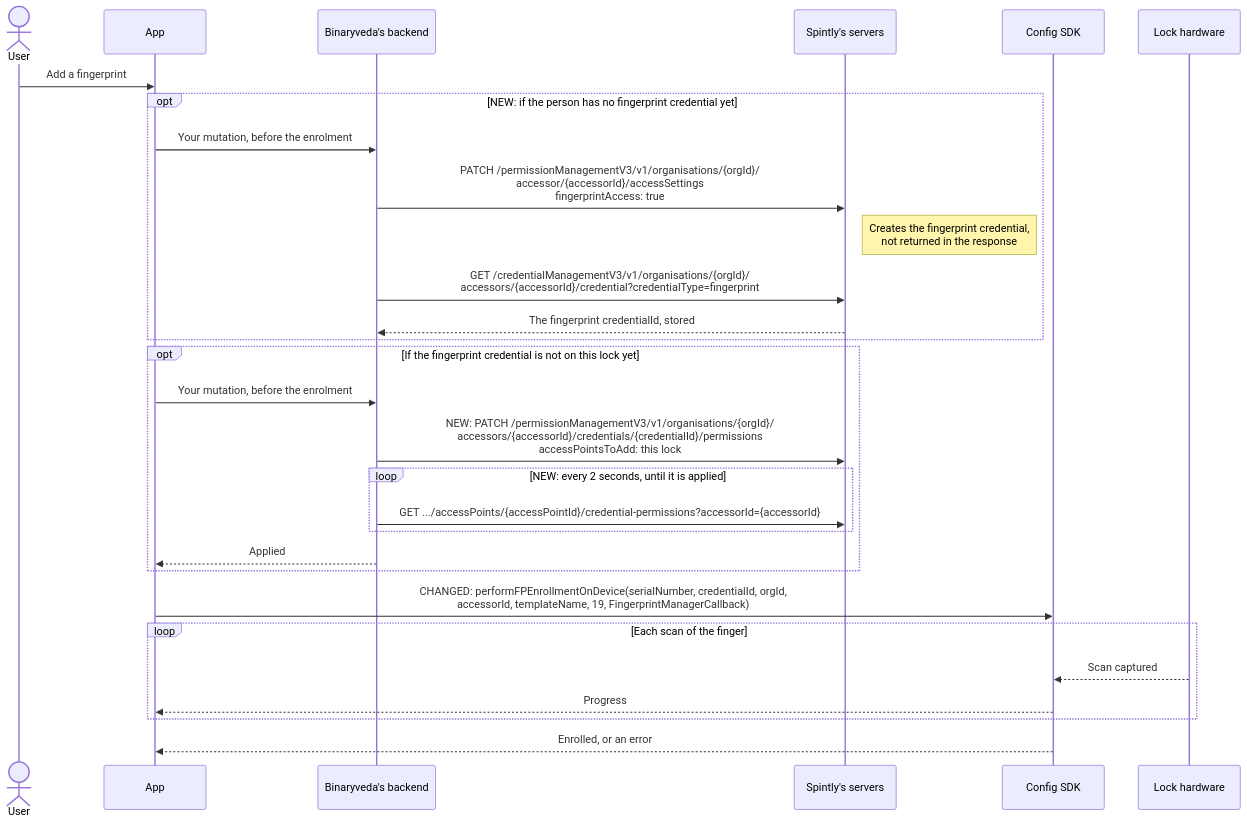
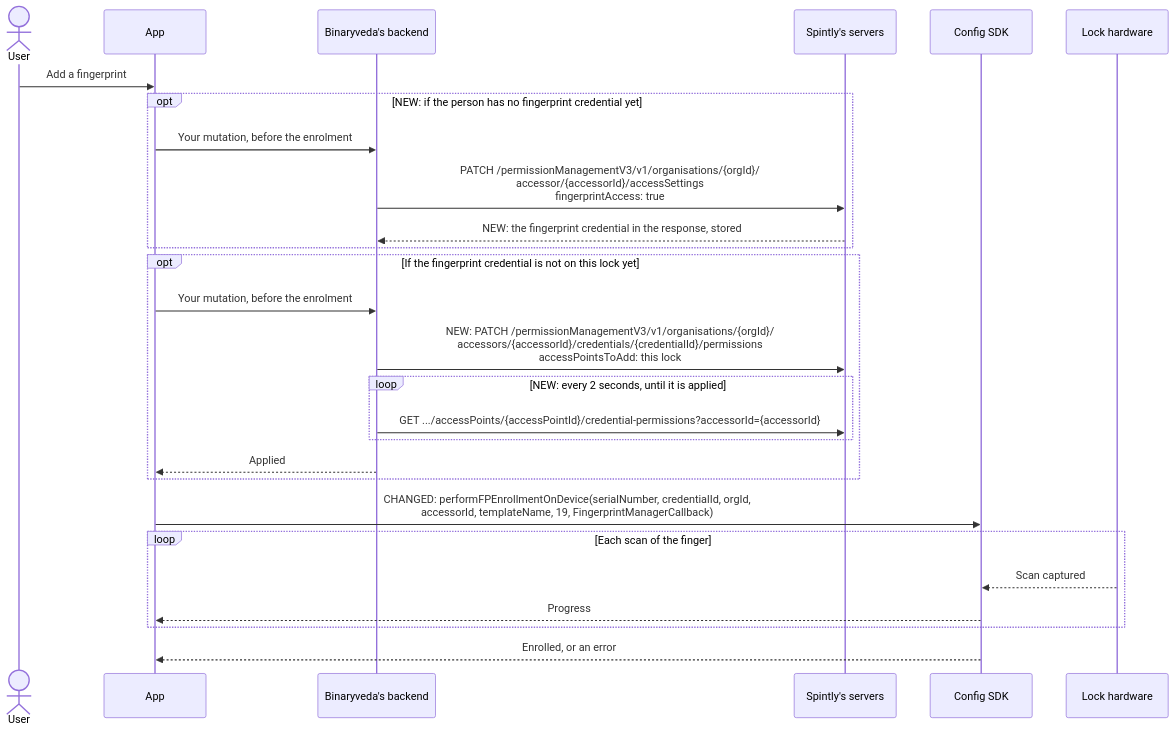
One commit to spintly-integrations-support/godrej-software-guide changed the eighth of 9 diagrams in docs/lock-onboarding.md. Above: the diagram before and after it, drawn with Mermaid. The commit also changed other lines of this file and 3 other files, not shown here.

````diff
--- a/docs/lock-onboarding.md
+++ b/docs/lock-onboarding.md
@@ -351,32 +350,30 @@
 ```mermaid
 sequenceDiagram
     actor U as User
     participant A as App
     participant B as Binaryveda's backend
     participant S as Spintly's servers
     participant C as Config SDK
     participant L as Lock hardware
 
     U->>A: Add a fingerprint
     opt NEW: if the person has no fingerprint credential yet
         A->>B: Your mutation, before the enrolment
         B->>S: PATCH /permissionManagementV3/v1/organisations/{orgId}/<br/>accessor/{accessorId}/accessSettings<br/>fingerprintAccess: true
-        Note right of S: Creates the fingerprint credential,<br/>not returned in the response
-        B->>S: GET /credentialManagementV3/v1/organisations/{orgId}/<br/>accessors/{accessorId}/credential?credentialType=fingerprint
-        S-->>B: The fingerprint credentialId, stored
+        S-->>B: NEW: the fingerprint credential in the response, stored
     end
     opt If the fingerprint credential is not on this lock yet
         A->>B: Your mutation, before the enrolment
         B->>S: NEW: PATCH /permissionManagementV3/v1/organisations/{orgId}/<br/>accessors/{accessorId}/credentials/{credentialId}/permissions<br/>accessPointsToAdd: this lock
         loop NEW: every 2 seconds, until it is applied
             B->>S: GET .../accessPoints/{accessPointId}/credential-permissions?accessorId={accessorId}
         end
         B-->>A: Applied
     end
     A->>C: CHANGED: performFPEnrollmentOnDevice(serialNumber, credentialId, orgId,<br/>accessorId, templateName, 19, FingerprintManagerCallback)
     loop Each scan of the finger
         L-->>C: Scan captured
         C-->>A: Progress
     end
     C-->>A: Enrolled, or an error
 ```
````
